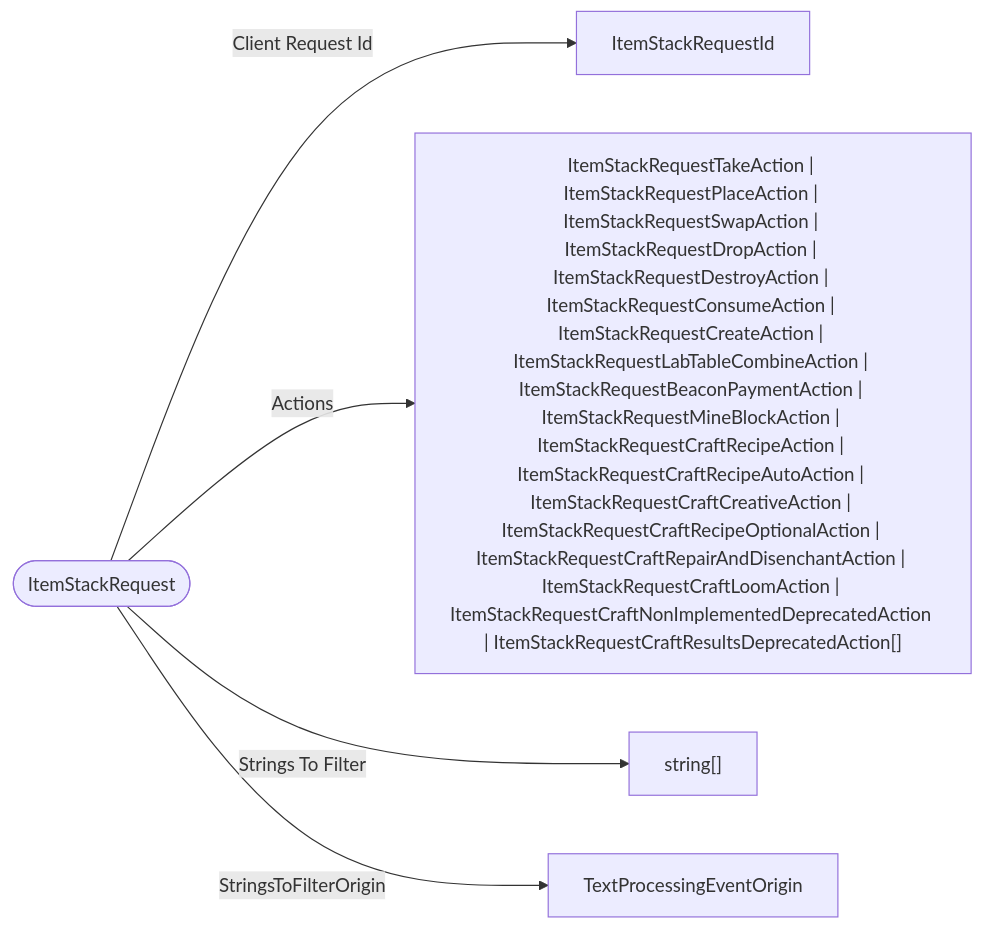
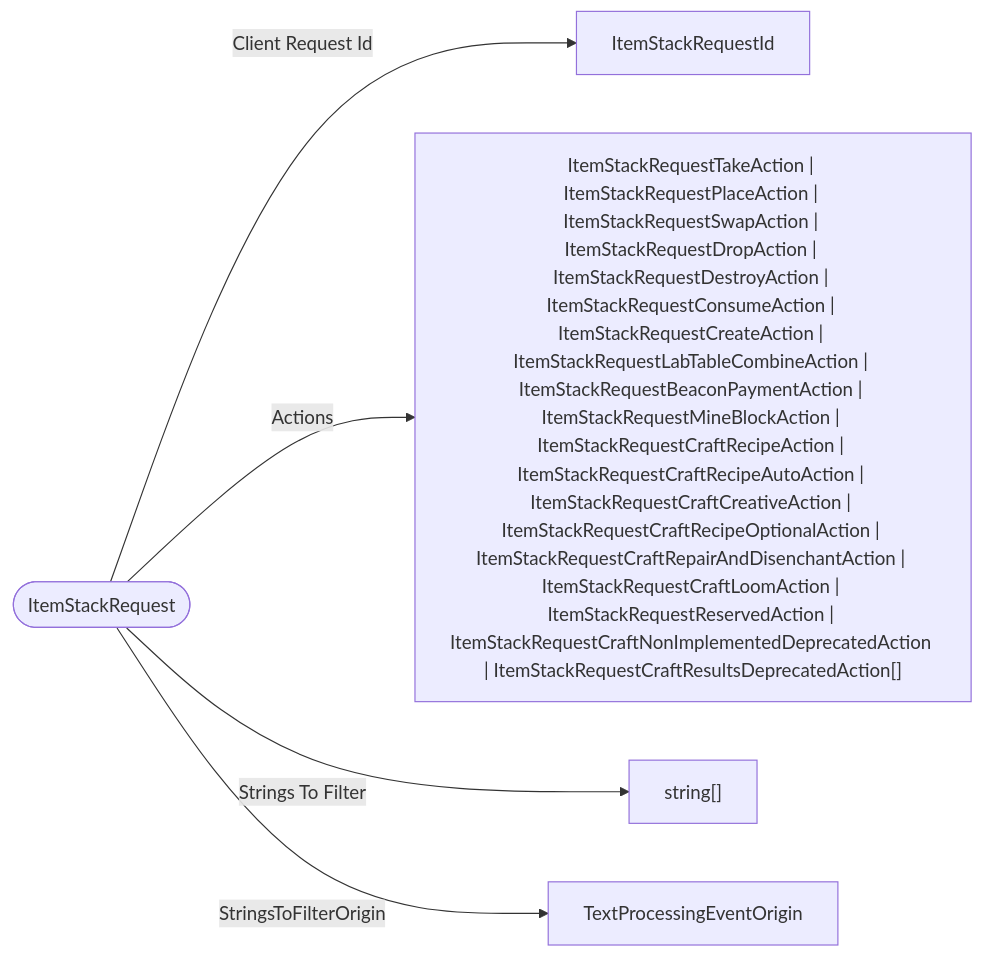
One commit to bedrock-v/protocol-docs changed the diagram in schemas/types/ItemStackRequest.md. Above: the diagram before and after it, drawn with Mermaid. The commit also changed 37 other files, not shown here.

````diff
--- a/schemas/types/ItemStackRequest.md
+++ b/schemas/types/ItemStackRequest.md
@@ -5,8 +5,8 @@
 ```mermaid
 flowchart LR
   ROOT(["ItemStackRequest"])
   ROOT -->|"Client Request Id"| ItemStackRequestId["ItemStackRequestId"]
-  ROOT -->|"Actions"| ItemStackRequestTakeAction___ItemStackRequestPlaceAction___ItemStackRequestSwapAction___ItemStackRequestDropAction___ItemStackRequestDestroyAction___ItemStackRequestConsumeAction___ItemStackRequestCreateAction___ItemStackRequestLabTableCombineAction___ItemStackRequestBeaconPaymentAction___ItemStackRequestMineBlockAction___ItemStackRequestCraftRecipeAction___ItemStackRequestCraftRecipeAutoAction___ItemStackRequestCraftCreativeAction___ItemStackRequestCraftRecipeOptionalAction___ItemStackRequestCraftRepairAndDisenchantAction___ItemStackRequestCraftLoomAction___ItemStackRequestCraftNonImplementedDeprecatedAction___ItemStackRequestCraftResultsDeprecatedAction["ItemStackRequestTakeAction | ItemStackRequestPlaceAction | ItemStackRequestSwapAction | ItemStackRequestDropAction | ItemStackRequestDestroyAction | ItemStackRequestConsumeAction | ItemStackRequestCreateAction | ItemStackRequestLabTableCombineAction | ItemStackRequestBeaconPaymentAction | ItemStackRequestMineBlockAction | ItemStackRequestCraftRecipeAction | ItemStackRequestCraftRecipeAutoAction | ItemStackRequestCraftCreativeAction | ItemStackRequestCraftRecipeOptionalAction | ItemStackRequestCraftRepairAndDisenchantAction | ItemStackRequestCraftLoomAction | ItemStackRequestCraftNonImplementedDeprecatedAction | ItemStackRequestCraftResultsDeprecatedAction[]"]
+  ROOT -->|"Actions"| ItemStackRequestTakeAction___ItemStackRequestPlaceAction___ItemStackRequestSwapAction___ItemStackRequestDropAction___ItemStackRequestDestroyAction___ItemStackRequestConsumeAction___ItemStackRequestCreateAction___ItemStackRequestLabTableCombineAction___ItemStackRequestBeaconPaymentAction___ItemStackRequestMineBlockAction___ItemStackRequestCraftRecipeAction___ItemStackRequestCraftRecipeAutoAction___ItemStackRequestCraftCreativeAction___ItemStackRequestCraftRecipeOptionalAction___ItemStackRequestCraftRepairAndDisenchantAction___ItemStackRequestCraftLoomAction___ItemStackRequestReservedAction___ItemStackRequestCraftNonImplementedDeprecatedAction___ItemStackRequestCraftResultsDeprecatedAction["ItemStackRequestTakeAction | ItemStackRequestPlaceAction | ItemStackRequestSwapAction | ItemStackRequestDropAction | ItemStackRequestDestroyAction | ItemStackRequestConsumeAction | ItemStackRequestCreateAction | ItemStackRequestLabTableCombineAction | ItemStackRequestBeaconPaymentAction | ItemStackRequestMineBlockAction | ItemStackRequestCraftRecipeAction | ItemStackRequestCraftRecipeAutoAction | ItemStackRequestCraftCreativeAction | ItemStackRequestCraftRecipeOptionalAction | ItemStackRequestCraftRepairAndDisenchantAction | ItemStackRequestCraftLoomAction | ItemStackRequestReservedAction | ItemStackRequestCraftNonImplementedDeprecatedAction | ItemStackRequestCraftResultsDeprecatedAction[]"]
   ROOT -->|"Strings To Filter"| string["string[]"]
   ROOT -->|"StringsToFilterOrigin"| TextProcessingEventOrigin["TextProcessingEventOrigin"]
 ```
````
